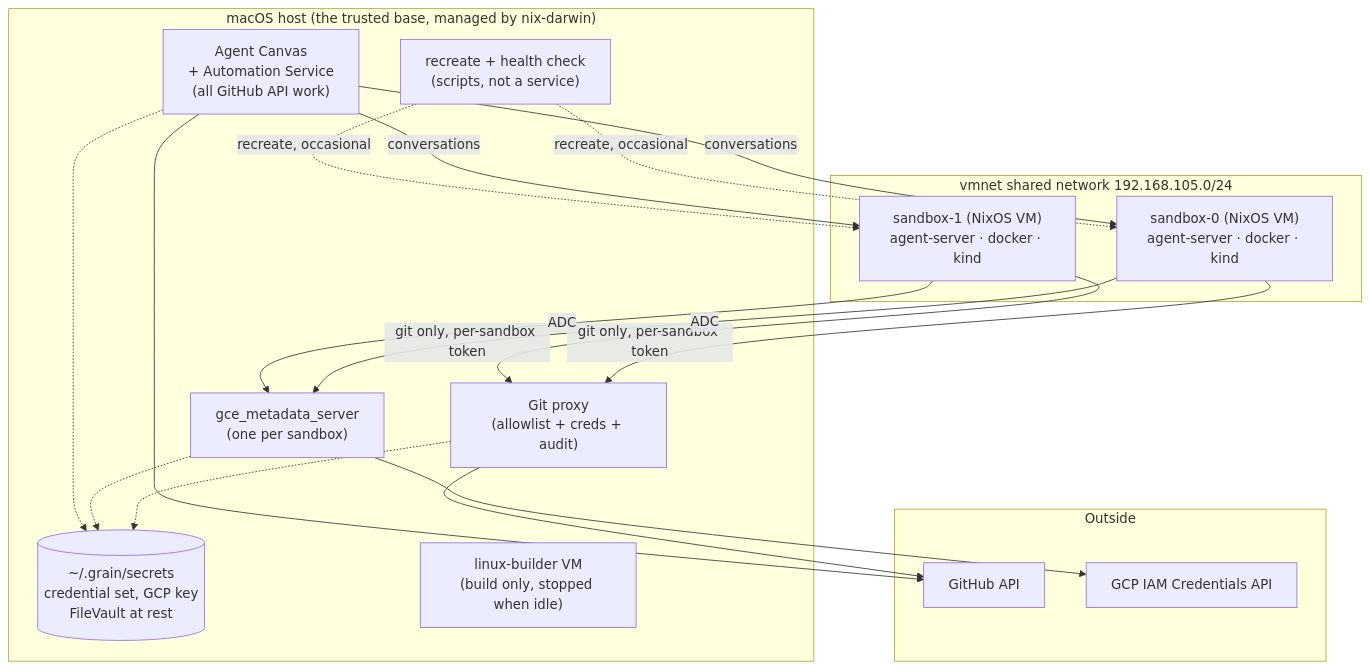
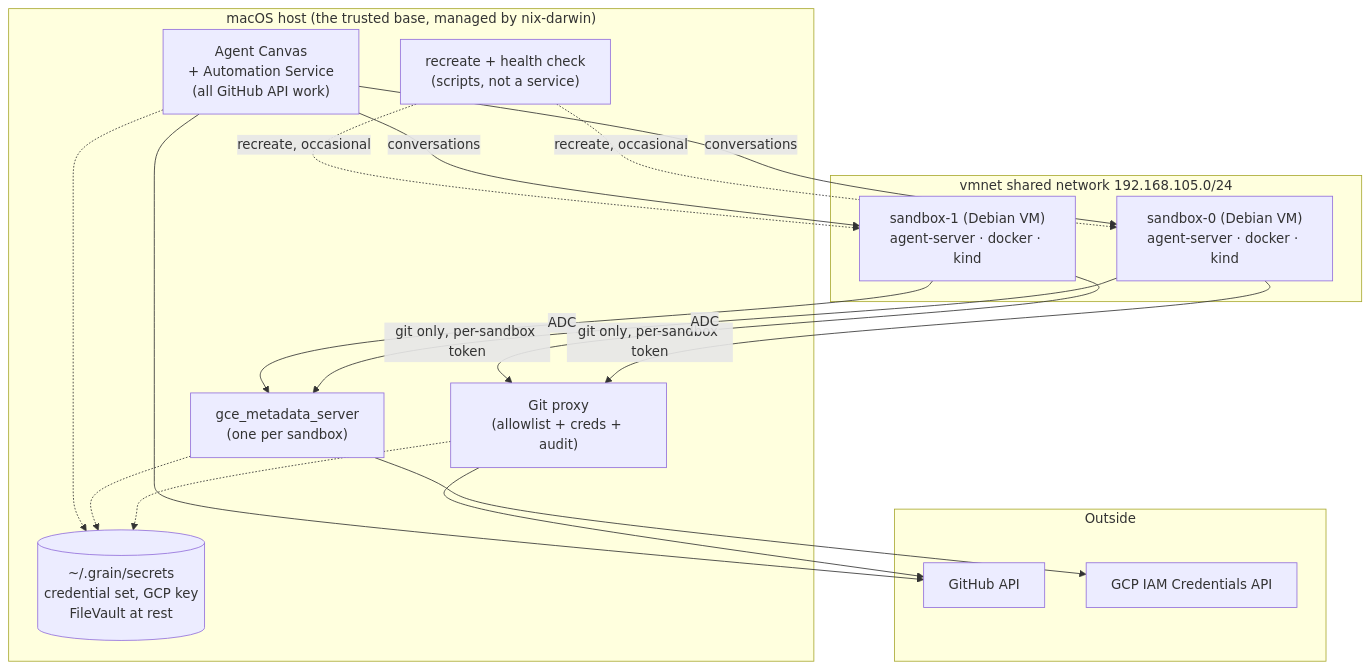
One commit to bwsalmon/grain changed the diagram in docs/design.md. Above: the diagram before and after it, drawn with Mermaid. The commit also changed other lines of this file, not shown here.

````diff
--- a/docs/design.md
+++ b/docs/design.md
@@ -77,38 +77,37 @@
 ```mermaid
 flowchart TB
     subgraph outside["Outside"]
         gh["GitHub API"]
         gcp["GCP IAM Credentials API"]
     end
 
     subgraph mac["macOS host (the trusted base, managed by nix-darwin)"]
         canvas["Agent Canvas<br/>+ Automation Service<br/>(all GitHub API work)"]
         scripts["recreate + health check<br/>(scripts, not a service)"]
         proxy["Git proxy<br/>(allowlist + creds + audit)"]
         mds["gce_metadata_server<br/>(one per sandbox)"]
         secrets[("~/.grain/secrets<br/>credential set, GCP key<br/>FileVault at rest")]
-        builder["linux-builder VM<br/>(build only, stopped when idle)"]
     end
 
     subgraph vmnet["vmnet shared network 192.168.105.0/24"]
-        sb0["sandbox-0 (NixOS VM)<br/>agent-server · docker · kind"]
-        sb1["sandbox-1 (NixOS VM)<br/>agent-server · docker · kind"]
+        sb0["sandbox-0 (Debian VM)<br/>agent-server · docker · kind"]
+        sb1["sandbox-1 (Debian VM)<br/>agent-server · docker · kind"]
     end
 
     canvas -->|"conversations"| sb0
     canvas -->|"conversations"| sb1
     scripts -.->|"recreate, occasional"| sb0
     scripts -.->|"recreate, occasional"| sb1
 
     sb0 -->|"git only, per-sandbox token"| proxy
     sb1 -->|"git only, per-sandbox token"| proxy
     sb0 -->|"ADC"| mds
     sb1 -->|"ADC"| mds
 
     proxy --> gh
     canvas --> gh
     mds --> gcp
     proxy -.-> secrets
     mds -.-> secrets
     canvas -.-> secrets
 ```
````
